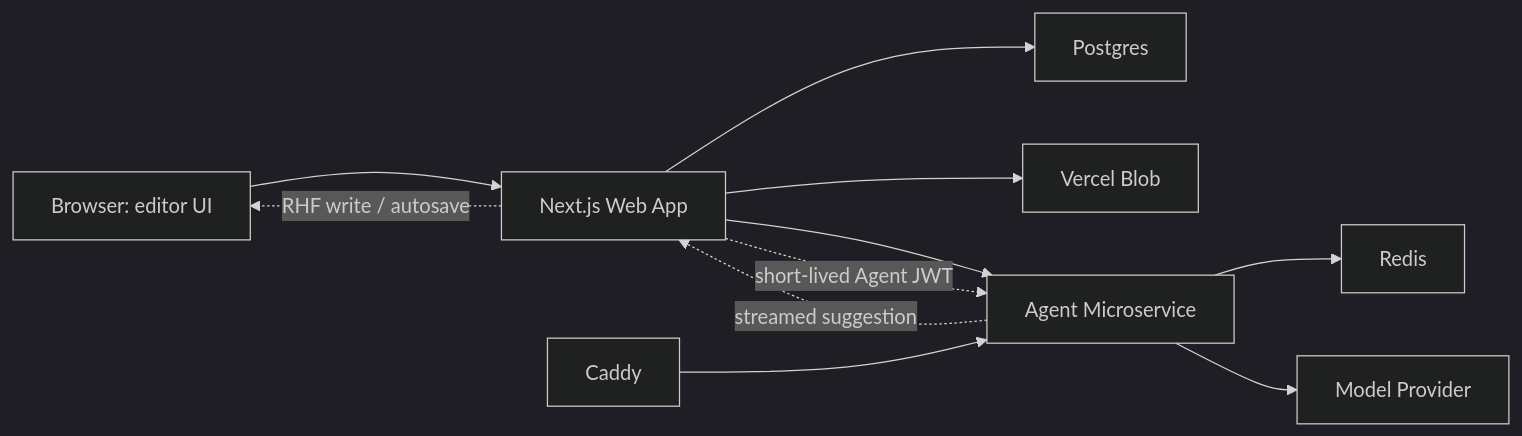
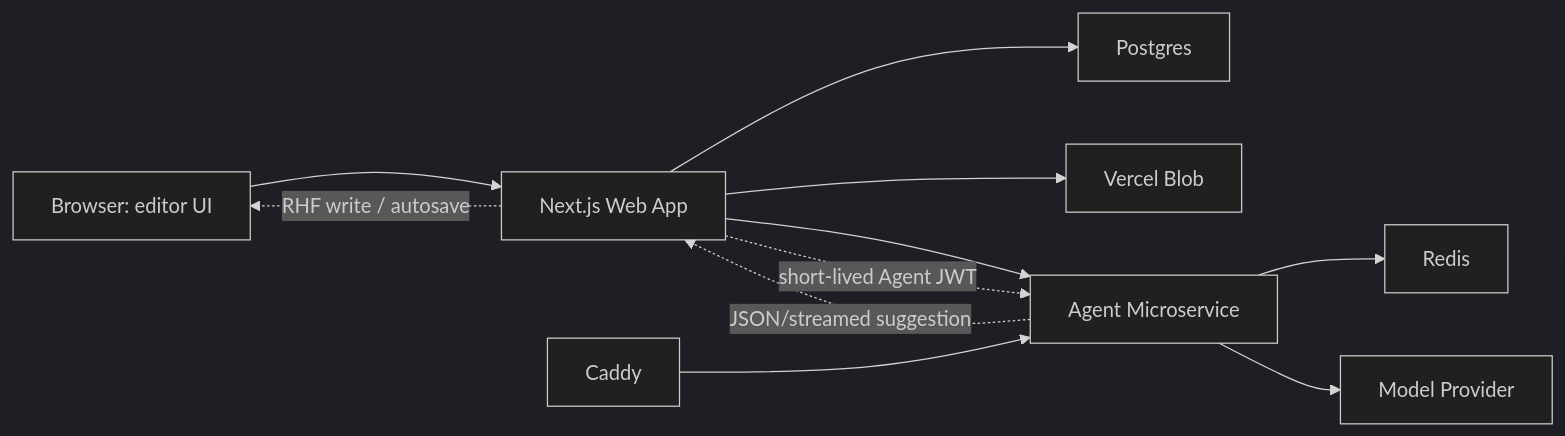
Before and after one commit to Rory-X/intro-builder: the first of 3 diagrams in docs/agent/architecture.md, drawn with Mermaid (dark theme). The commit also changed other lines of this file and 18 other files, not shown here.

````diff
--- a/docs/agent/architecture.md
+++ b/docs/agent/architecture.md
@@ -9,14 +9,14 @@
 ```mermaid
 flowchart LR
   Browser["Browser: editor UI"] --> Web["Next.js Web App"]
   Web --> DB["Postgres"]
   Web --> Blob["Vercel Blob"]
   Web --> Agent["Agent Microservice"]
   Agent --> Redis["Redis"]
   Agent --> Provider["Model Provider"]
   Caddy["Caddy"] --> Agent
 
   Web -. "short-lived Agent JWT" .-> Agent
-  Agent -. "streamed suggestion" .-> Web
+  Agent -. "JSON/streamed suggestion" .-> Web
   Web -. "RHF write / autosave" .-> Browser
 ```
````
